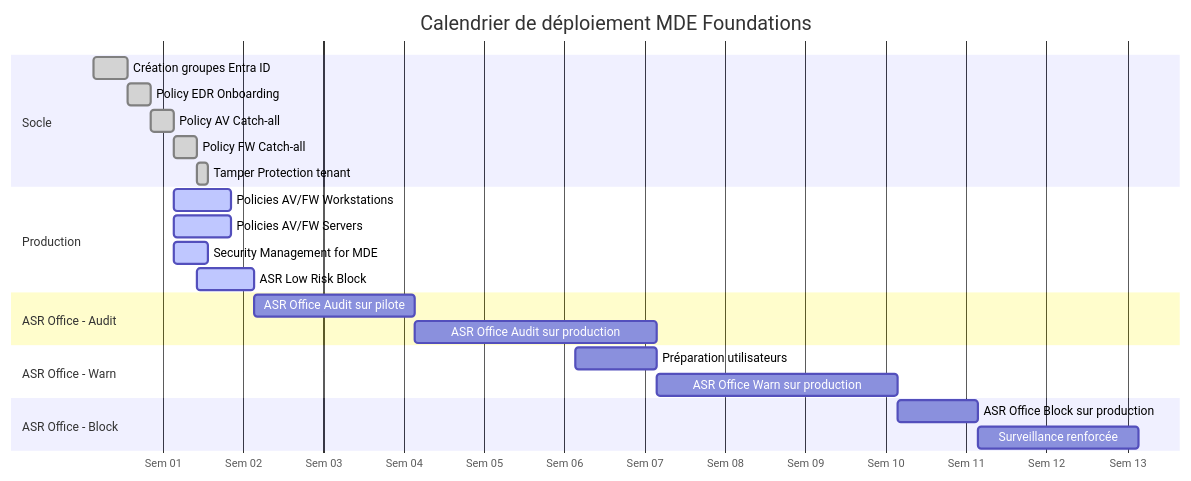
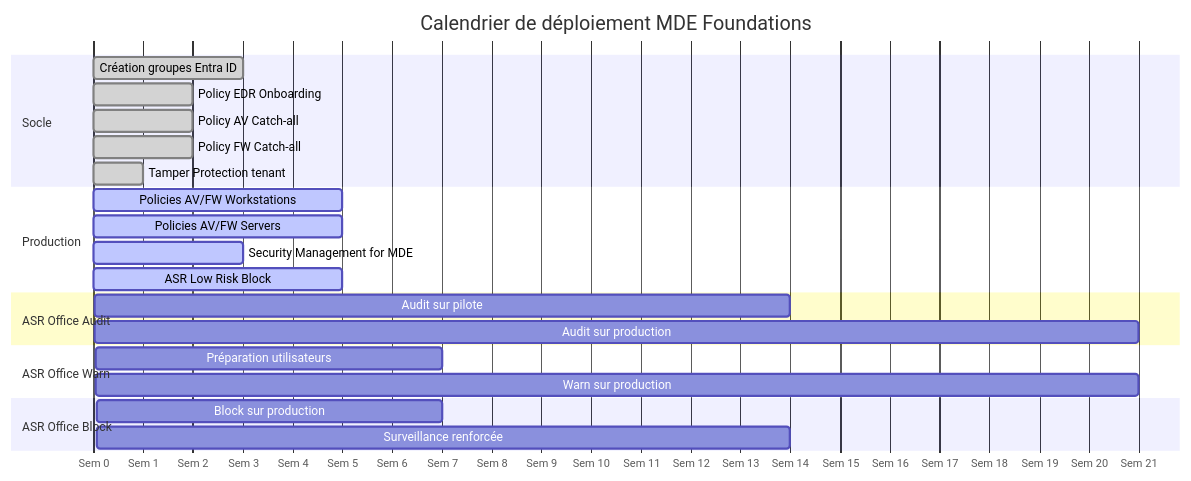
Before and after one commit to sebastienmiro/mde-foundations: the first of 8 diagrams in docs/fr/04-plan-deploiement.md, drawn with Mermaid. The commit also changed other lines of this file, not shown here.

````diff
--- a/docs/fr/04-plan-deploiement.md
+++ b/docs/fr/04-plan-deploiement.md
@@ -17,31 +17,31 @@
 ```mermaid
 gantt
     title Calendrier de déploiement MDE Foundations
-    dateFormat YYYY-MM-DD
-    axisFormat Sem %W
+    dateFormat X
+    axisFormat Sem %s
 
     section Socle
-    Création groupes Entra ID        :done, g1, 2025-01-06, 3d
-    Policy EDR Onboarding             :done, e1, after g1, 2d
-    Policy AV Catch-all               :done, a1, after e1, 2d
-    Policy FW Catch-all               :done, f1, after a1, 2d
-    Tamper Protection tenant         :done, t1, after f1, 1d
+    Création groupes Entra ID         :done, g1, 0, 3
+    Policy EDR Onboarding             :done, e1, 3, 2
+    Policy AV Catch-all               :done, a1, 5, 2
+    Policy FW Catch-all               :done, f1, 7, 2
+    Tamper Protection tenant          :done, t1, 9, 1
 
     section Production
-    Policies AV/FW Workstations      :active, p1, 2025-01-13, 5d
-    Policies AV/FW Servers           :active, p2, 2025-01-13, 5d
-    Security Management for MDE      :active, sm, 2025-01-13, 3d
-    ASR Low Risk Block               :active, ar, 2025-01-15, 5d
+    Policies AV/FW Workstations       :active, p1, 7, 5
+    Policies AV/FW Servers            :active, p2, 7, 5
+    Security Management for MDE       :active, sm, 7, 3
+    ASR Low Risk Block                :active, ar, 9, 5
 
-    section ASR Office - Audit
-    ASR Office Audit sur pilote      :asr1, 2025-01-20, 14d
-    ASR Office Audit sur production  :asr2, 2025-02-03, 21d
+    section ASR Office Audit
+    Audit sur pilote                  :asr1, 14, 14
+    Audit sur production              :asr2, 28, 21
 
-    section ASR Office - Warn
-    Préparation utilisateurs         :prep, 2025-02-17, 7d
-    ASR Office Warn sur production   :asr3, 2025-02-24, 21d
+    section ASR Office Warn
+    Préparation utilisateurs          :prep, 42, 7
+    Warn sur production               :asr3, 49, 21
 
-    section ASR Office - Block
-    ASR Office Block sur production  :asr4, 2025-03-17, 7d
-    Surveillance renforcée           :surv, after asr4, 14d
+    section ASR Office Block
+    Block sur production              :asr4, 70, 7
+    Surveillance renforcée            :surv, 77, 14
 ```
````
